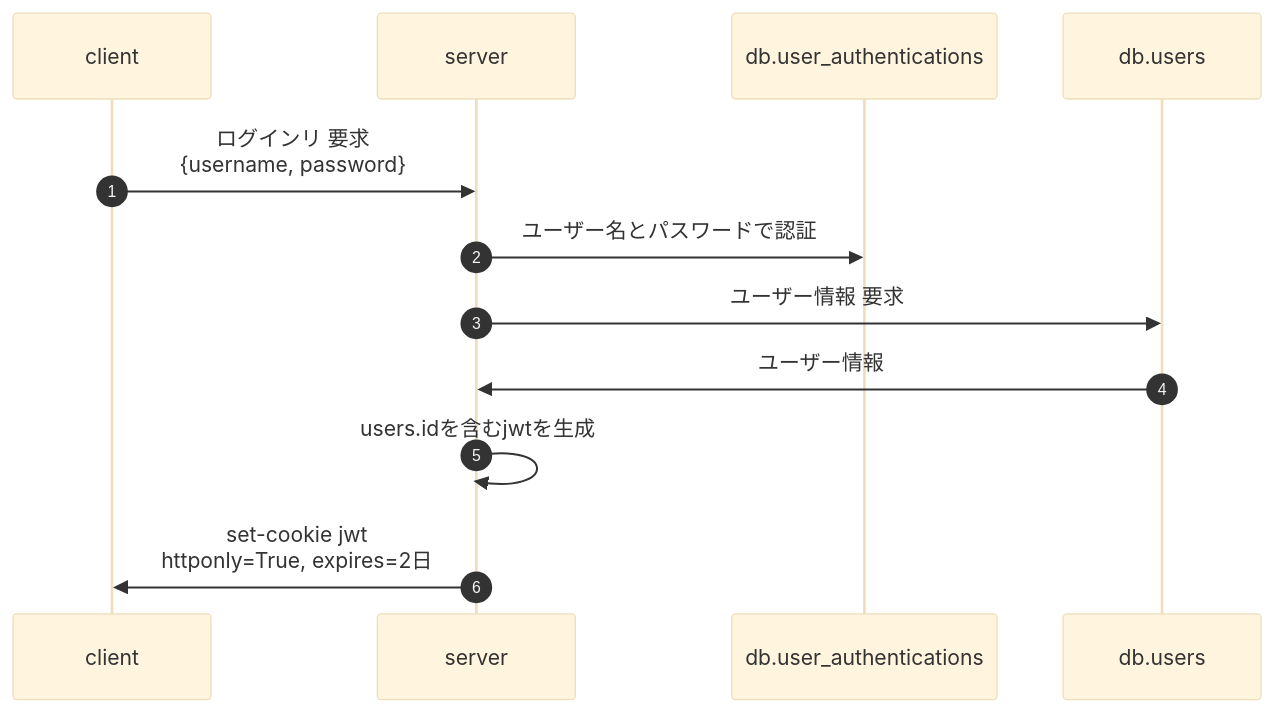
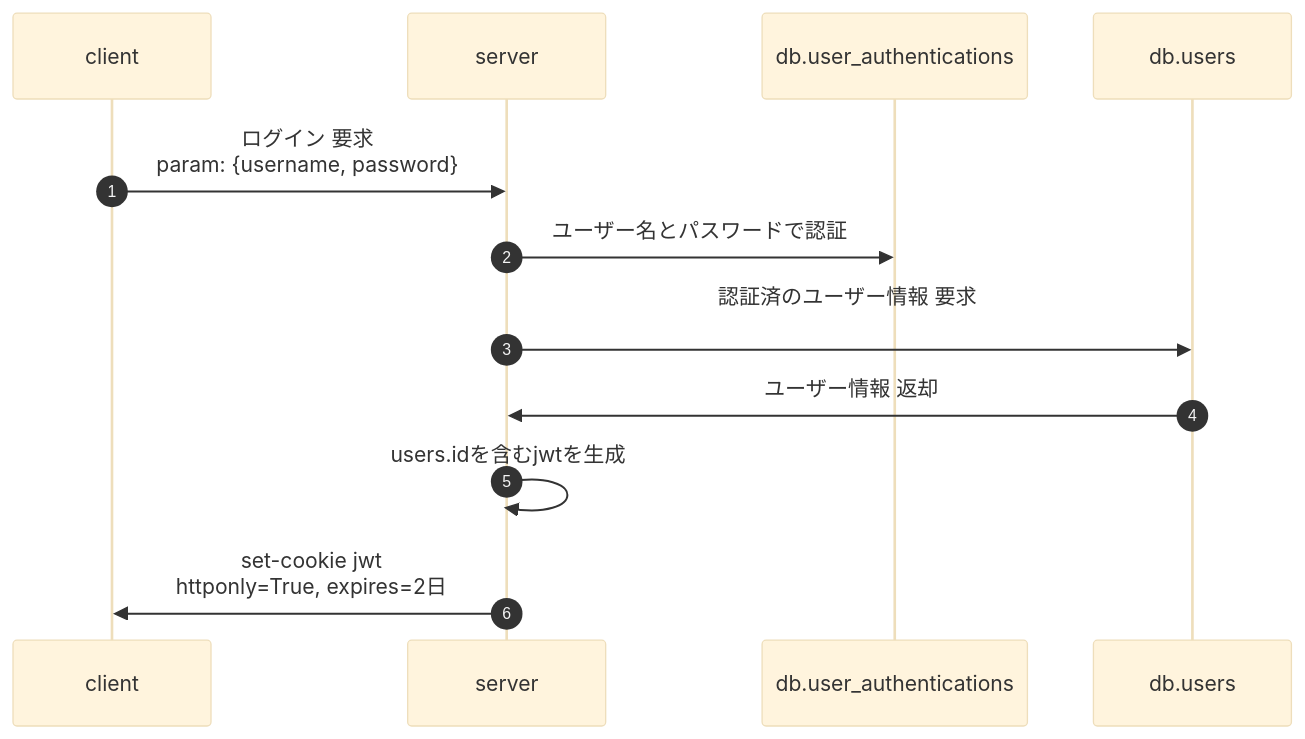
The second of 5 diagrams in articles/e42264fd408e78.md (ritogk/zenn-contents), drawn with Mermaid (base theme) before and after one commit. The commit also changed other lines of this file, not shown here.

````diff
--- a/articles/e42264fd408e78.md
+++ b/articles/e42264fd408e78.md
@@ -55,10 +62,10 @@
 ```mermaid
 sequenceDiagram
 	autonumber
-	client->>server: ログインリ 要求<br>{username, password}
+	client->>server: ログイン 要求<br>param: {username, password}
     server->>db.user_authentications: ユーザー名とパスワードで認証
-    server->>db.users: ユーザー情報 要求
-    db.users->>server: ユーザー情報
+    server->>db.users: 認証済のユーザー情報 要求<br>
+    db.users->>server: ユーザー情報 返却
     server->>server: users.idを含むjwtを生成
     server->>client: set-cookie jwt<br>httponly=True, expires=2日
 ```
````
